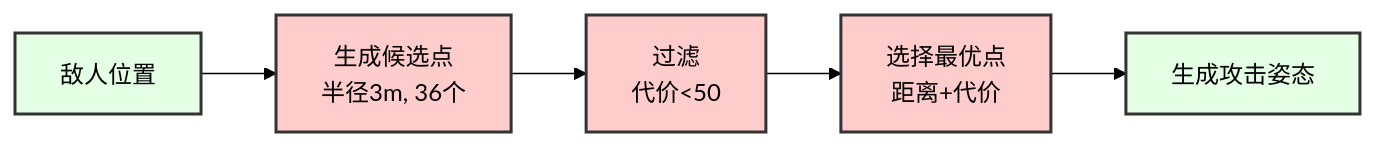
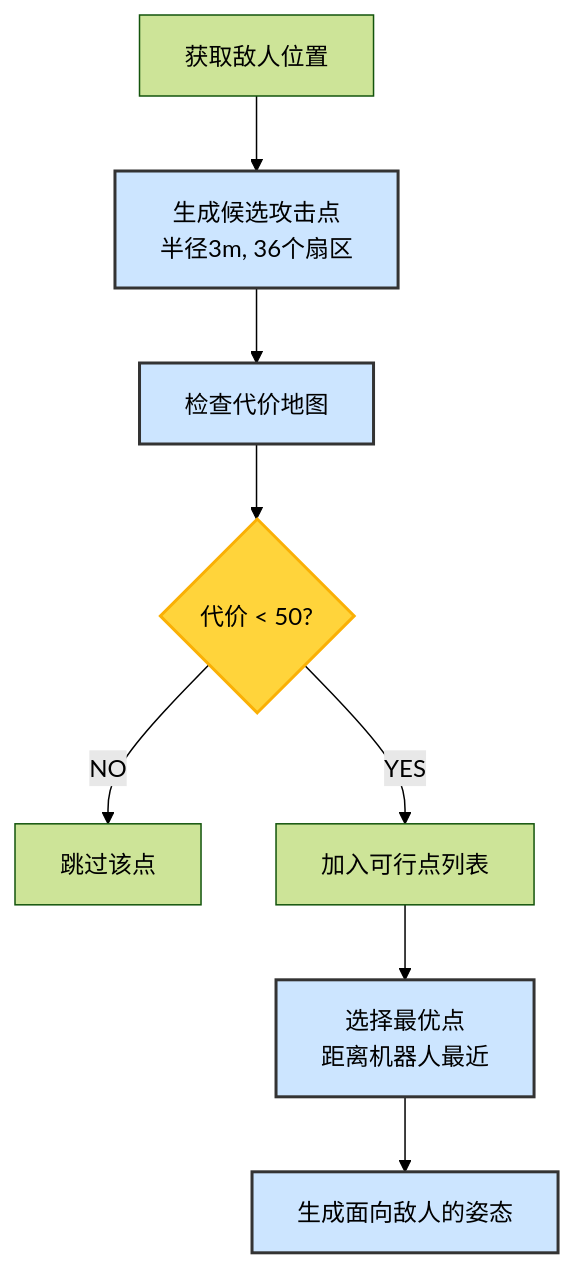
One commit to happywosabi/pb2025_sentry_ws changed the fifth of 8 diagrams in docs/05_决策层.md. Above: the diagram before and after it, drawn with Mermaid (forest theme). The commit also changed other lines of this file and 3 other files, not shown here.

````diff
--- a/docs/05_决策层.md
+++ b/docs/05_决策层.md
@@ -176,14 +528,16 @@
 ```mermaid
-graph LR
-    A[敌人位置] --> B[生成候选点<br>半径3m, 36个]
-    B --> C[过滤<br>代价<50]
-    C --> D[选择最优点<br>距离+代价]
-    D --> E[生成攻击姿态]
+graph TB
+    A[获取敌人位置] --> B[生成候选攻击点<br/>半径3m, 36个扇区]
+    B --> C[检查代价地图]
+    C --> D{代价 < 50?}
+    D -->|NO| E[跳过该点]
+    D -->|YES| F[加入可行点列表]
+    F --> G[选择最优点<br/>距离机器人最近]
+    G --> H[生成面向敌人的姿态]
 
-    classDef decisionClass fill:#FFCCCC,stroke:#333,stroke-width:2px
-    classDef dataClass fill:#E5FFE5,stroke:#333,stroke-width:2px
-    classDef processClass fill:#F5F5F5,stroke:#333,stroke-width:1px
+    classDef processClass fill:#CCE5FF,stroke:#333,stroke-width:2px
+    classDef decisionClass fill:#ffd43b,stroke:#fab005,stroke-width:2px
 
-    class B,C,D decisionClass
-    class A,E dataClass
+    class B,C,G,H processClass
+    class D decisionClass
 ```
````
